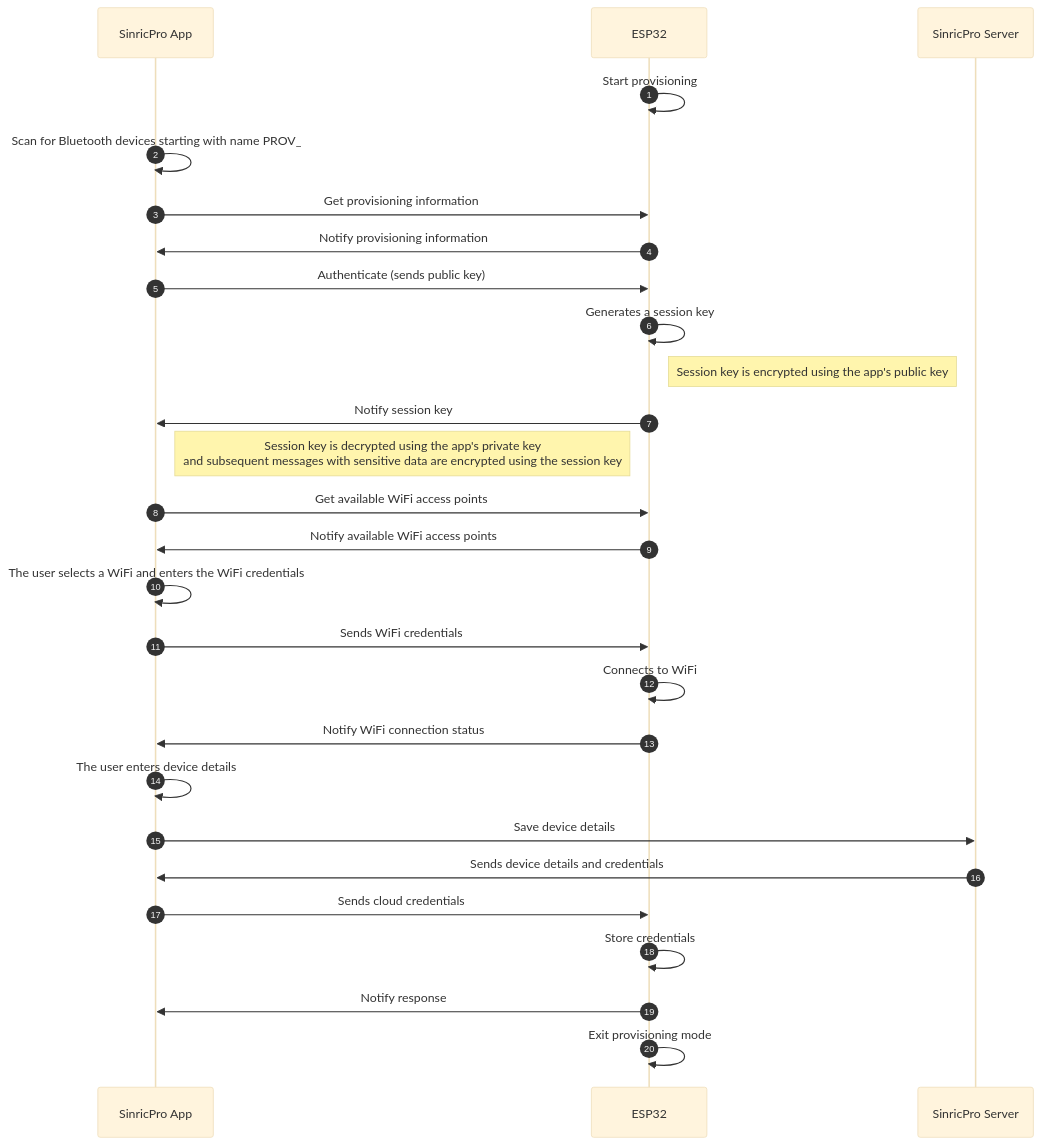
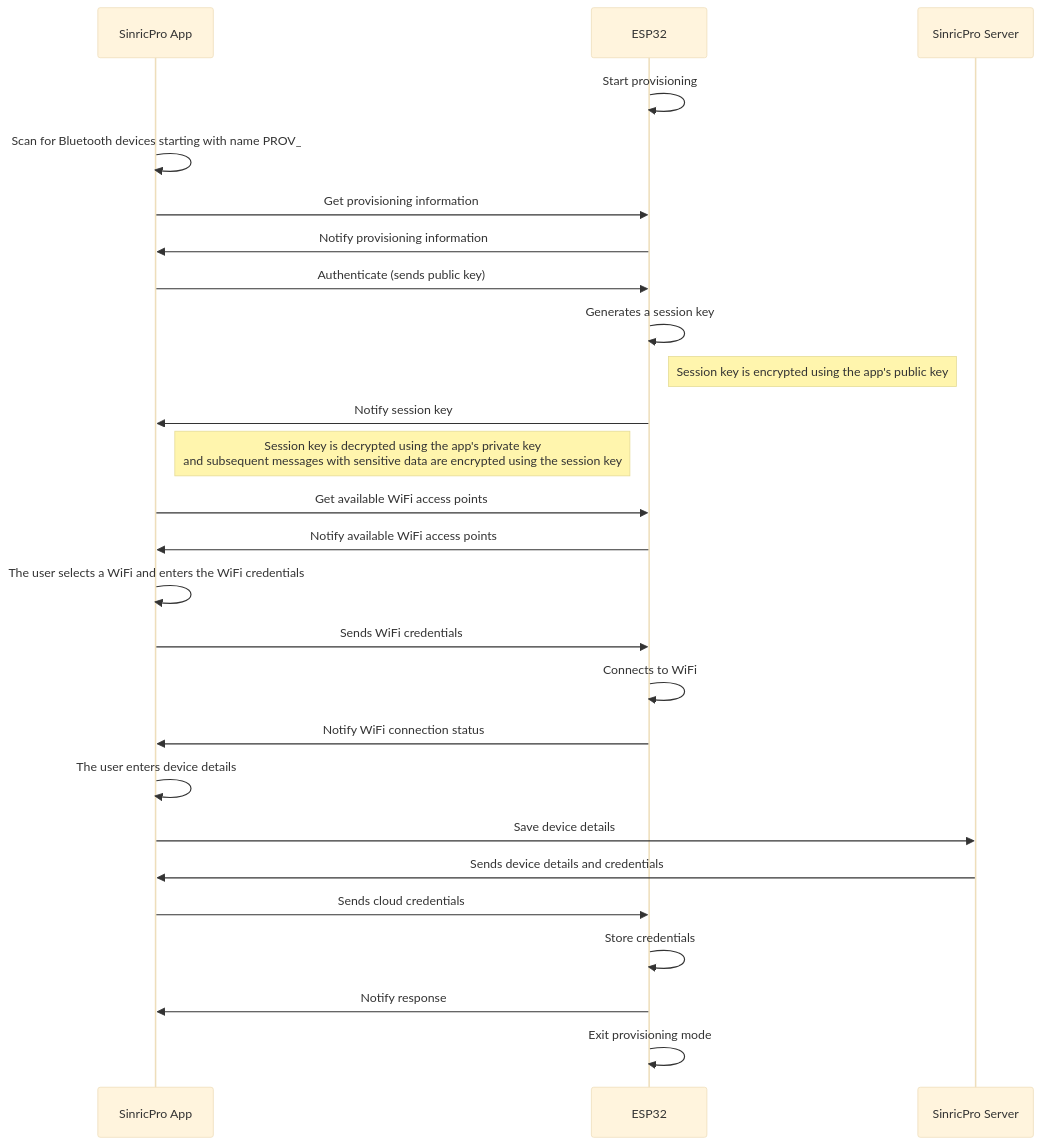
One commit to sinricpro/esp32-business-sdk changed the diagram in README.md. Above: the diagram before and after it, drawn with Mermaid (base theme).

````diff
--- a/README.md
+++ b/README.md
@@ -19,31 +19,30 @@
 ```mermaid
 sequenceDiagram
-  autonumber
   participant srpa as SinricPro App
   participant esp32 as ESP32
   participant srps as SinricPro Server
   esp32->>esp32: Start provisioning   
   srpa->>srpa: Scan for Bluetooth devices starting with name PROV_
   srpa->>esp32: Get provisioning information
   esp32->>srpa: Notify provisioning information
   srpa->>esp32: Authenticate (sends public key)
   esp32->>esp32: Generates a session key
   Note right of esp32:  Session key is encrypted using the app's public key
   esp32->>srpa: Notify session key
   Note right of srpa: Session key is decrypted using the app's private key <br/> and subsequent messages with sensitive data are encrypted using the session key
   srpa->>esp32: Get available WiFi access points
   esp32->>srpa: Notify available WiFi access points
   srpa->>srpa: The user selects a WiFi and enters the WiFi credentials
   srpa->>esp32: Sends WiFi credentials
   esp32->>esp32: Connects to WiFi
   esp32->>srpa: Notify WiFi connection status
   srpa->>srpa: The user enters device details
   srpa->>srps: Save device details
   srps->>srpa: Sends device details and credentials
   srpa->>esp32: Sends cloud credentials
   esp32->>esp32: Store credentials
   esp32->>srpa: Notify response
   esp32->>esp32: Exit provisioning mode
 
   %% https://mermaid.js.org/syntax/sequenceDiagram.html
 ```
````
